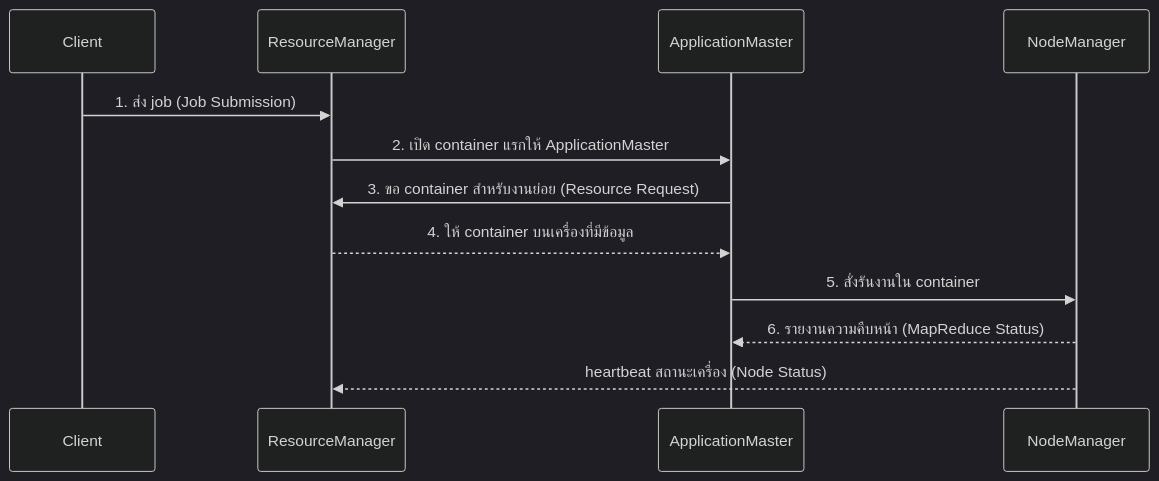
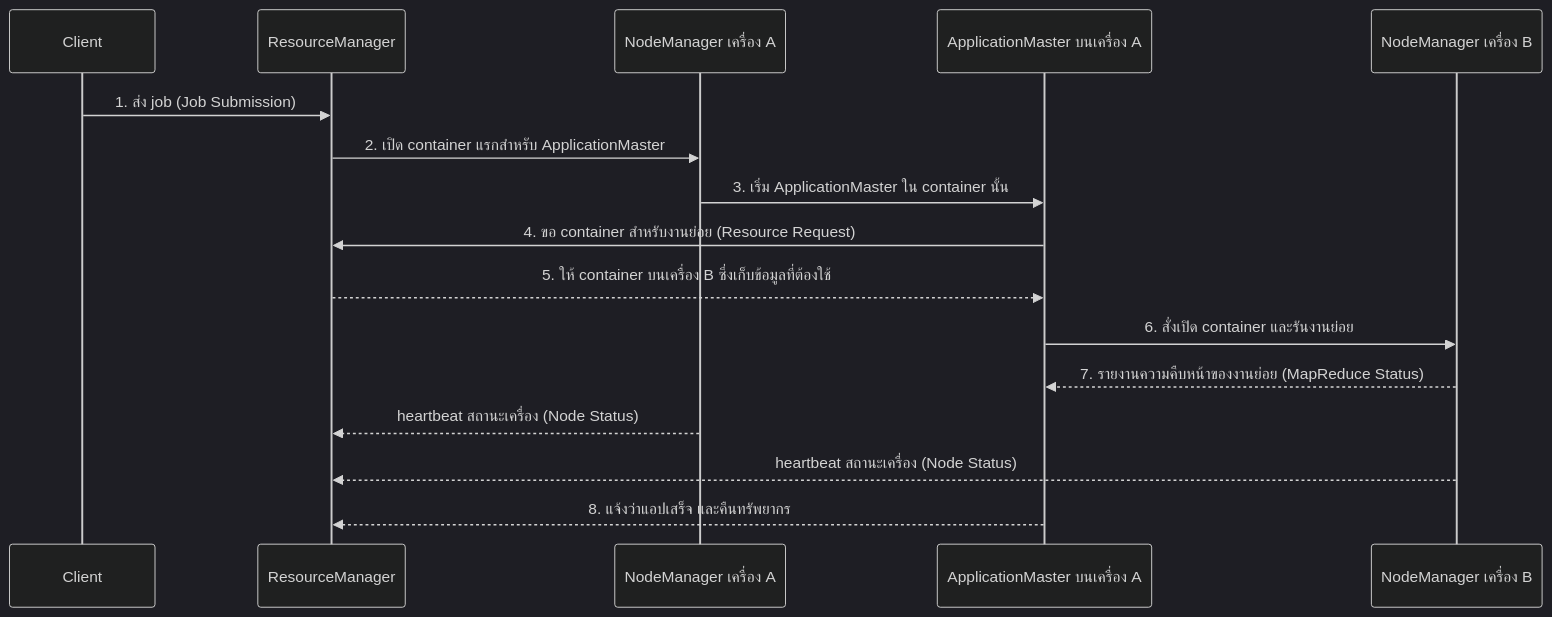
One commit to mdanmek/nida-dads-notes changed the seventh of 12 diagrams in dads6002-big-data-analytics/summary/01_hadoop[claude].md. Above: the diagram before and after it, drawn with Mermaid (dark theme). The commit also changed other lines of this file, not shown here.

````diff
--- a/dads6002-big-data-analytics/summary/01_hadoop[claude].md
+++ b/dads6002-big-data-analytics/summary/01_hadoop[claude].md
@@ -261,14 +515,18 @@
 ```mermaid
 sequenceDiagram
     participant CL as Client
     participant RM as ResourceManager
-    participant AM as ApplicationMaster
-    participant NM as NodeManager
+    participant NM1 as NodeManager เครื่อง A
+    participant AM as ApplicationMaster บนเครื่อง A
+    participant NM2 as NodeManager เครื่อง B
     CL->>RM: 1. ส่ง job (Job Submission)
-    RM->>AM: 2. เปิด container แรกให้ ApplicationMaster
-    AM->>RM: 3. ขอ container สำหรับงานย่อย (Resource Request)
-    RM-->>AM: 4. ให้ container บนเครื่องที่มีข้อมูล
-    AM->>NM: 5. สั่งรันงานใน container
-    NM-->>AM: 6. รายงานความคืบหน้า (MapReduce Status)
-    NM-->>RM: heartbeat สถานะเครื่อง (Node Status)
+    RM->>NM1: 2. เปิด container แรกสำหรับ ApplicationMaster
+    NM1->>AM: 3. เริ่ม ApplicationMaster ใน container นั้น
+    AM->>RM: 4. ขอ container สำหรับงานย่อย (Resource Request)
+    RM-->>AM: 5. ให้ container บนเครื่อง B ซึ่งเก็บข้อมูลที่ต้องใช้
+    AM->>NM2: 6. สั่งเปิด container และรันงานย่อย
+    NM2-->>AM: 7. รายงานความคืบหน้าของงานย่อย (MapReduce Status)
+    NM1-->>RM: heartbeat สถานะเครื่อง (Node Status)
+    NM2-->>RM: heartbeat สถานะเครื่อง (Node Status)
+    AM-->>RM: 8. แจ้งว่าแอปเสร็จ และคืนทรัพยากร
 ```
````
